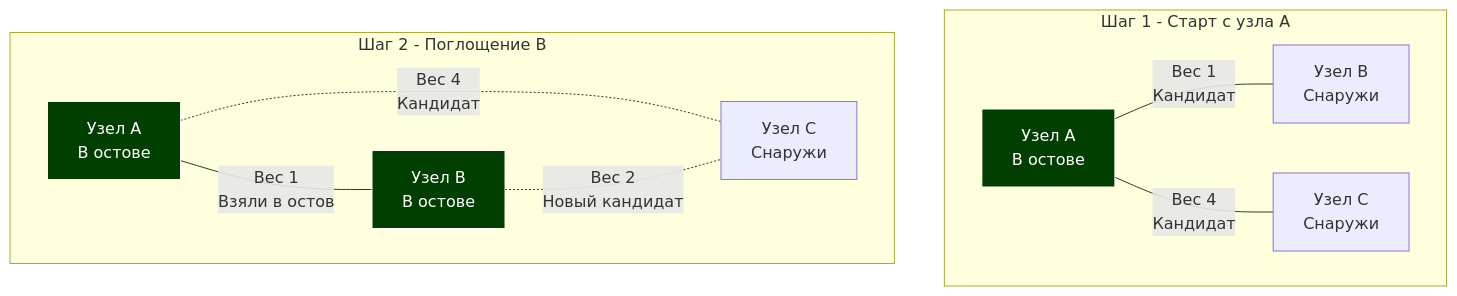
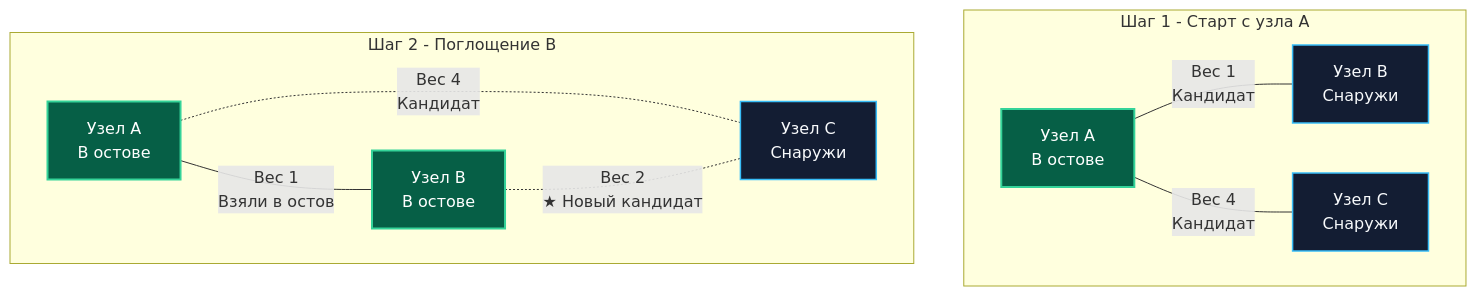
Before and after one commit to UnrealTemplier/go-textbook: the diagram in sources/20. Алгоритмы и структуры данных (DSA) на Go/11. Графы/9. Минимальное остовное дерево. Алгоритм Прима.md, drawn with Mermaid. The commit also changed other lines of this file, not shown here.

Commit message:
feat(module-20): editorial rewrite of 11.9 Prim MST in Kernighan style

````diff
--- a/sources/20. Алгоритмы и структуры данных (DSA) на Go/11. Графы/9. Минимальное остовное дерево. Алгоритм Прима.md
+++ b/sources/20. Алгоритмы и структуры данных (DSA) на Go/11. Графы/9. Минимальное остовное дерево. Алгоритм Прима.md
@@ -19,17 +22,17 @@
 ```mermaid
 flowchart TD
-    subgraph Шаг 1 - Старт с узла A
+    subgraph Step1["Шаг 1 - Старт с узла A"]
         A["Узел A<br>В остове"] ---|"Вес 1<br>Кандидат"| B["Узел B<br>Снаружи"]
         A ---|"Вес 4<br>Кандидат"| C["Узел C<br>Снаружи"]
     end
 
-    subgraph Шаг 2 - Поглощение B
+    subgraph Step2["Шаг 2 - Поглощение B"]
         A2["Узел A<br>В остове"] ---|"Вес 1<br>Взяли в остов"| B2["Узел B<br>В остове"]
         A2 -.-|"Вес 4<br>Кандидат"| C2["Узел C<br>Снаружи"]
-        B2 -.-|"Вес 2<br>Новый кандидат"| C2
+        B2 -.-|"Вес 2<br>★ Новый кандидат"| C2
     end
-    
-    style A fill:#003f00,stroke:#fff,color:#fff
-    style A2 fill:#003f00,stroke:#fff,color:#fff
-    style B2 fill:#003f00,stroke:#fff,color:#fff
+
+    classDef default fill:#131d33,stroke:#38bdf8,stroke-width:1.5px,color:#f8fafc;
+    classDef inMST fill:#065f46,stroke:#34d399,stroke-width:2px,color:#ffffff;
+    class A,A2,B2 inMST;
 ```
````
